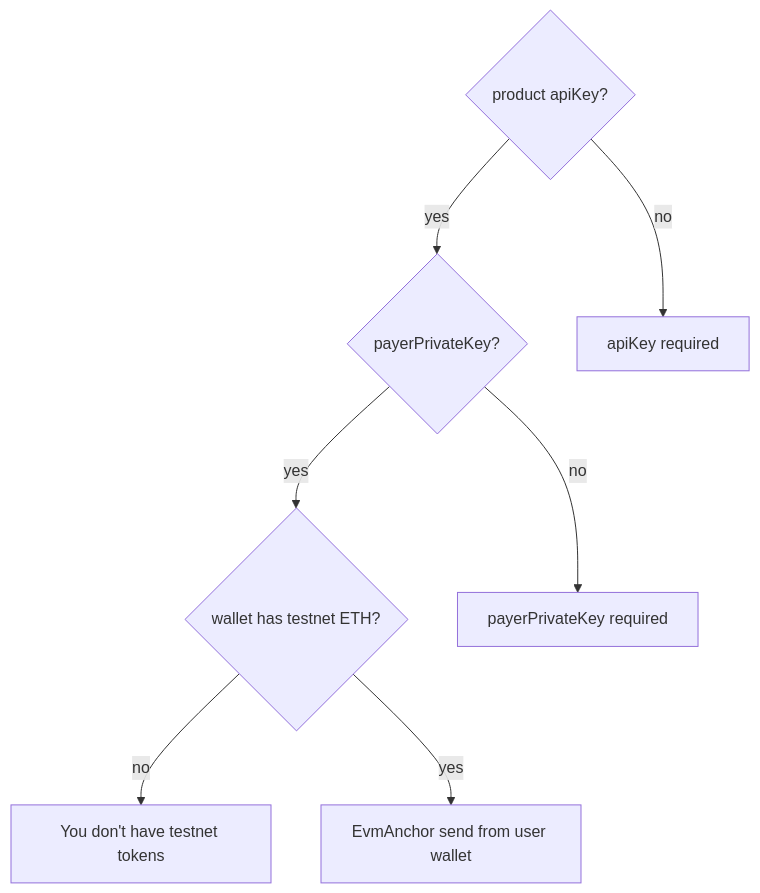
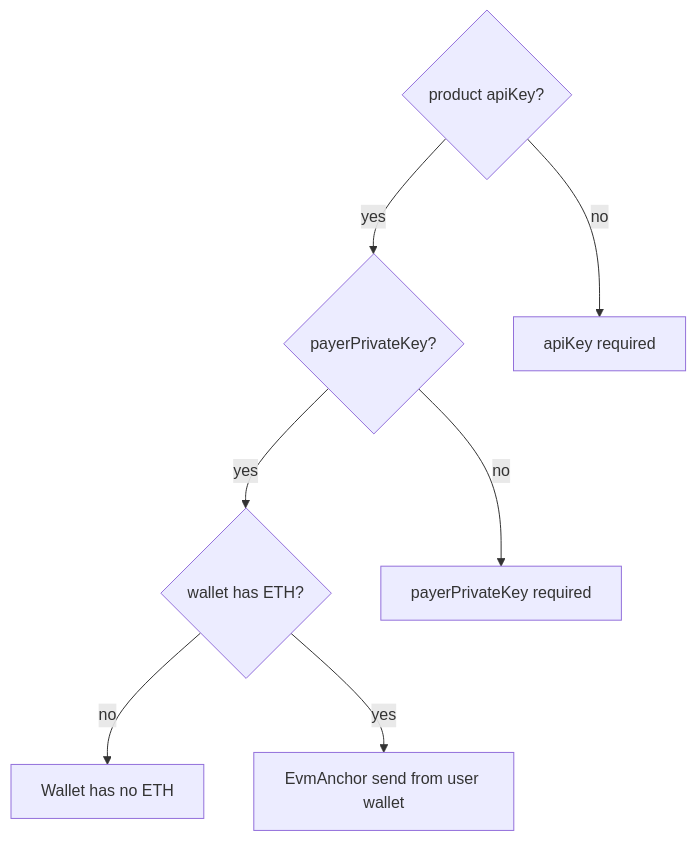
One commit to veyanet/veya-mcp changed the seventh of 7 diagrams in docs/ARCHITECTURE.md. Above: the diagram before and after it, drawn with Mermaid. The commit also changed other lines of this file, not shown here.

Commit message:
docs: describe mainnet default in architecture notes

````diff
--- a/docs/ARCHITECTURE.md
+++ b/docs/ARCHITECTURE.md
@@ -425,12 +423,12 @@
 ```mermaid
 flowchart TD
   K1{"product apiKey?"}
   K2{"payerPrivateKey?"}
-  K3{"wallet has testnet ETH?"}
+  K3{"wallet has ETH?"}
   K1 -->|no| Fail1["apiKey required"]
   K2 -->|no| Fail2["payerPrivateKey required"]
   K1 -->|yes| K2
   K2 -->|yes| K3
-  K3 -->|no| Fail3["You don't have testnet tokens"]
+  K3 -->|no| Fail3["Wallet has no ETH"]
   K3 -->|yes| Tx["EvmAnchor send from user wallet"]
 ```
````
